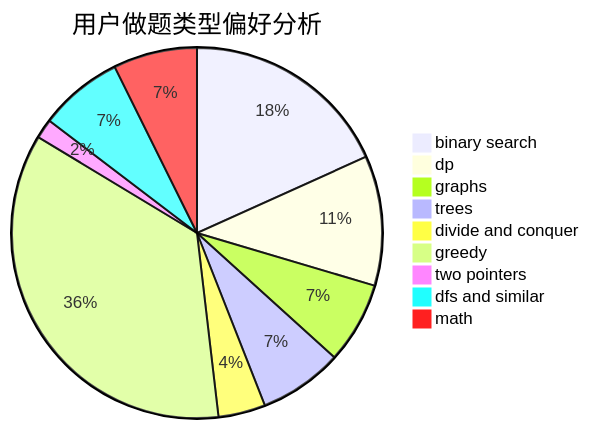
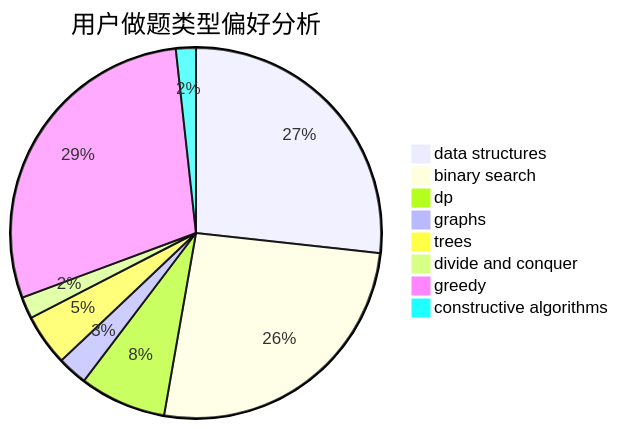
The second of 3 diagrams in docs/user/u1219.md (sherpahu/cfrs.github.io), drawn with Mermaid before and after one commit. The commit also changed other lines of this file and 2775 other files, not shown here.

````diff
--- a/docs/user/u1219.md
+++ b/docs/user/u1219.md
@@ -23,12 +23,11 @@
 ```mermaid
 pie title 用户做题类型偏好分析
-    "binary search" :  182
-    "dp" :  113
-    "graphs" :  71
-    "trees" :  73
-    "divide and conquer" :  41
-    "greedy" :  354
-    "two pointers" :  17
-    "dfs and similar" :  73
-    "math" :  73
+    "data structures" :  184
+    "binary search" :  179
+    "dp" :  52
+    "graphs" :  18
+    "trees" :  31
+    "divide and conquer" :  13
+    "greedy" :  199
+    "constructive algorithms" :  12
 ```
````
